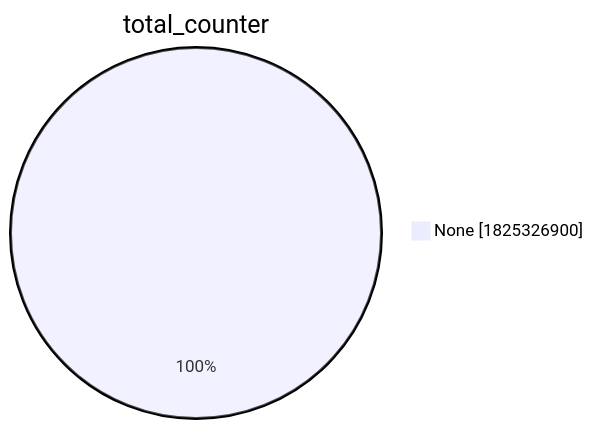
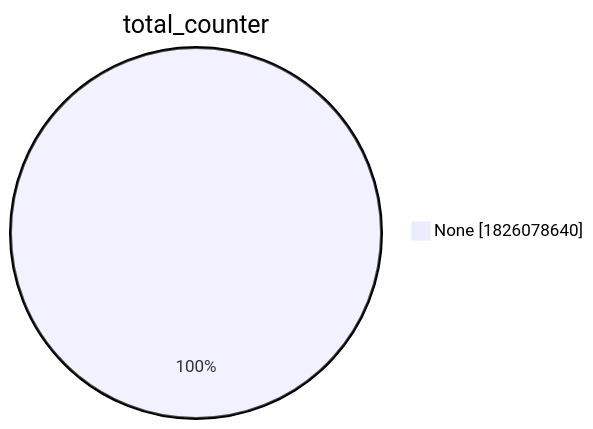
Before and after one commit to christiankrug/ctmonitor_visualization: the second of 15 diagrams in xenon2022/README.md, drawn with Mermaid. The commit also changed other lines of this file, not shown here.

````diff
--- a/xenon2022/README.md
+++ b/xenon2022/README.md
@@ -9,5 +9,5 @@
 ```mermaid
 pie showData
 title total_counter
-"None" :1825326900
+"None" :1826078640
 ```
````
